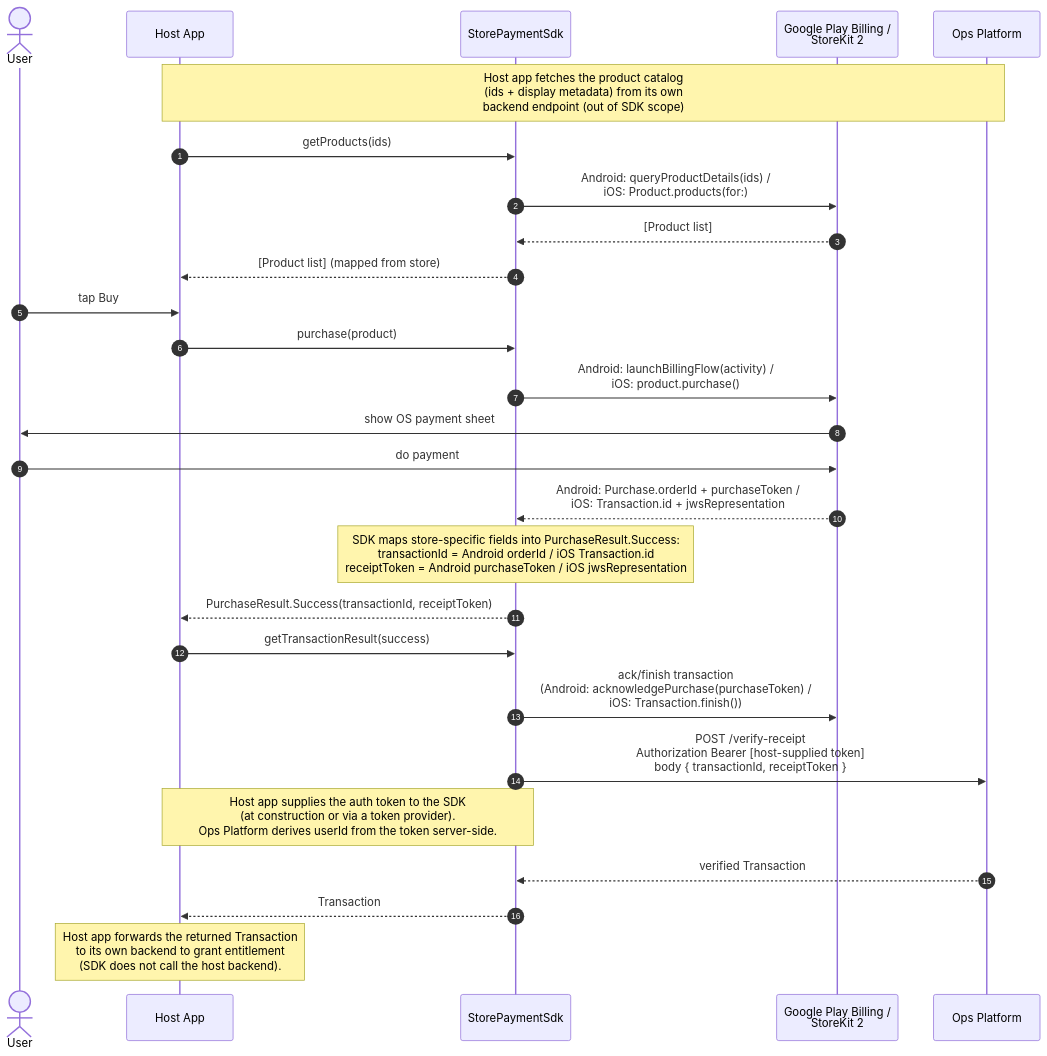
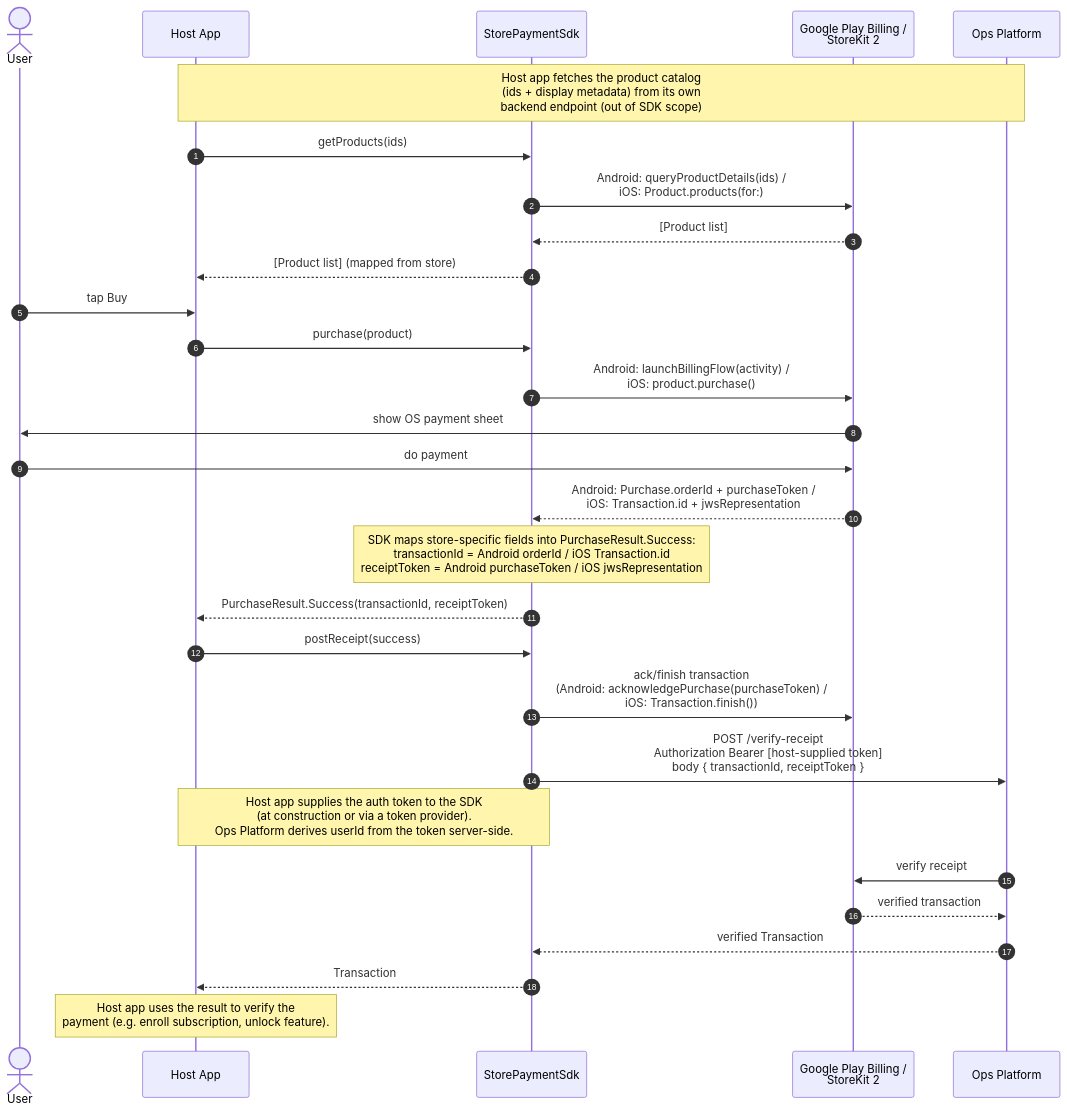
The second of 2 diagrams in README.md (KhangTranUney/SharedPaymentSdk), drawn with Mermaid before and after one commit. The commit also changed other lines of this file and 7 other files, not shown here.

First line of the commit message:
Rename getTransactionResult -> postReceipt, unify on POST /verify-receipt

````diff
--- a/README.md
+++ b/README.md
@@ -258,32 +258,34 @@
 ```mermaid
 sequenceDiagram
     autonumber
     actor User
     participant App as Host App
     participant SDK as StorePaymentSdk
     participant Store as Google Play Billing /<br/>StoreKit 2
     participant Ops as Ops Platform
 
     Note over App,Ops: Host app fetches the product catalog<br/>(ids + display metadata) from its own<br/>backend endpoint (out of SDK scope)
     App->>SDK: getProducts(ids)
     SDK->>Store: Android: queryProductDetails(ids) /<br/>iOS: Product.products(for:)
     Store-->>SDK: [Product list]
     SDK-->>App: [Product list] (mapped from store)
 
     User->>App: tap Buy
     App->>SDK: purchase(product)
     SDK->>Store: Android: launchBillingFlow(activity) /<br/>iOS: product.purchase()
     Store->>User: show OS payment sheet
     User->>Store: do payment
     Store-->>SDK: Android: Purchase.orderId + purchaseToken /<br/>iOS: Transaction.id + jwsRepresentation
     Note over SDK: SDK maps store-specific fields into PurchaseResult.Success:<br/>transactionId = Android orderId / iOS Transaction.id<br/>receiptToken  = Android purchaseToken / iOS jwsRepresentation
     SDK-->>App: PurchaseResult.Success(transactionId, receiptToken)
 
-    App->>SDK: getTransactionResult(success)
+    App->>SDK: postReceipt(success)
     SDK->>Store: ack/finish transaction<br/>(Android: acknowledgePurchase(purchaseToken) /<br/>iOS: Transaction.finish())
     SDK->>Ops: POST /verify-receipt<br/>Authorization Bearer [host-supplied token]<br/>body { transactionId, receiptToken }
     Note over App,SDK: Host app supplies the auth token to the SDK<br/>(at construction or via a token provider).<br/>Ops Platform derives userId from the token server-side.
+    Ops->>Store: verify receipt
+    Store-->>Ops: verified transaction
     Ops-->>SDK: verified Transaction
     SDK-->>App: Transaction
-    Note over App: Host app forwards the returned Transaction<br/>to its own backend to grant entitlement<br/>(SDK does not call the host backend).
+    Note over App: Host app uses the result to verify the<br/>payment (e.g. enroll subscription, unlock feature).
 ```
````
